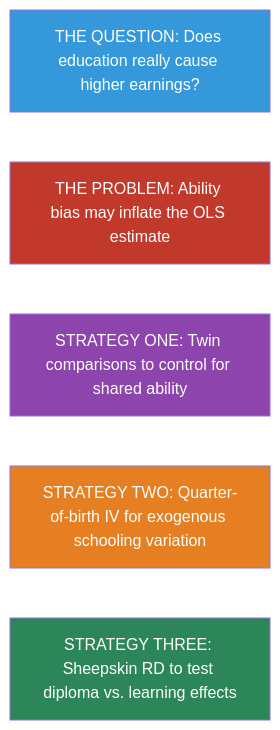
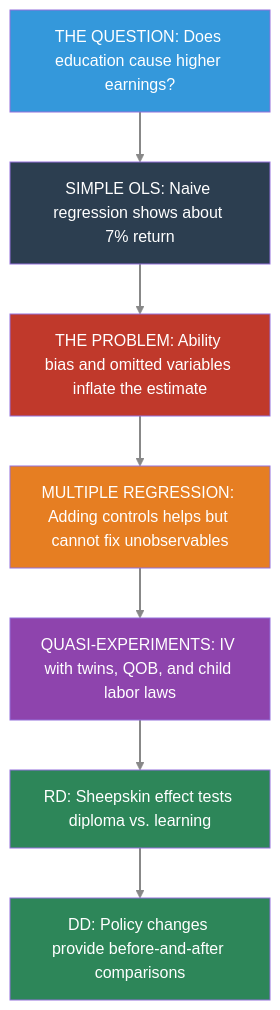
The first of 2 diagrams in notebooks_md/06-wages-of-schooling.md (cmg777/intro2causal), drawn with Mermaid before and after one commit. The commit also changed other lines of this file and 17 other files, not shown here.

````diff
--- a/notebooks_md/06-wages-of-schooling.md
+++ b/notebooks_md/06-wages-of-schooling.md
@@ -25,18 +31,23 @@
 ```mermaid
 
 graph TD
-    A["THE QUESTION: Does education really cause higher earnings?"]
-    B["THE PROBLEM: Ability bias may inflate the OLS estimate"]
-    C["STRATEGY ONE: Twin comparisons to control for shared ability"]
-    D["STRATEGY TWO: Quarter-of-birth IV for exogenous schooling variation"]
-    E["STRATEGY THREE: Sheepskin RD to test diploma vs. learning effects"]
+    A["THE QUESTION: Does education cause higher earnings?"]
+    B["SIMPLE OLS: Naive regression shows about 7% return"]
+    C["THE PROBLEM: Ability bias and omitted variables inflate the estimate"]
+    D["MULTIPLE REGRESSION: Adding controls helps but cannot fix unobservables"]
+    E["QUASI-EXPERIMENTS: IV with twins, QOB, and child labor laws"]
+    F["RD: Sheepskin effect tests diploma vs. learning"]
+    G["DD: Policy changes provide before-and-after comparisons"]
 
-    A --> B --> C --> D --> E
+    A --> B --> C --> D --> E --> F --> G
 
     style A fill:#3498db,color:#fff
-    style B fill:#c0392b,color:#fff
-    style C fill:#8e44ad,color:#fff
+    style B fill:#2c3e50,color:#fff
+    style C fill:#c0392b,color:#fff
     style D fill:#e67e22,color:#fff
-    style E fill:#2d8659,color:#fff
-    linkStyle default stroke:#fff,stroke-width:2px
+    style E fill:#8e44ad,color:#fff
+    style F fill:#2d8659,color:#fff
+    style G fill:#2d8659,color:#fff
+
+    linkStyle 0,1,2,3,4,5 stroke:#888,stroke-width:2px
 ```
````
